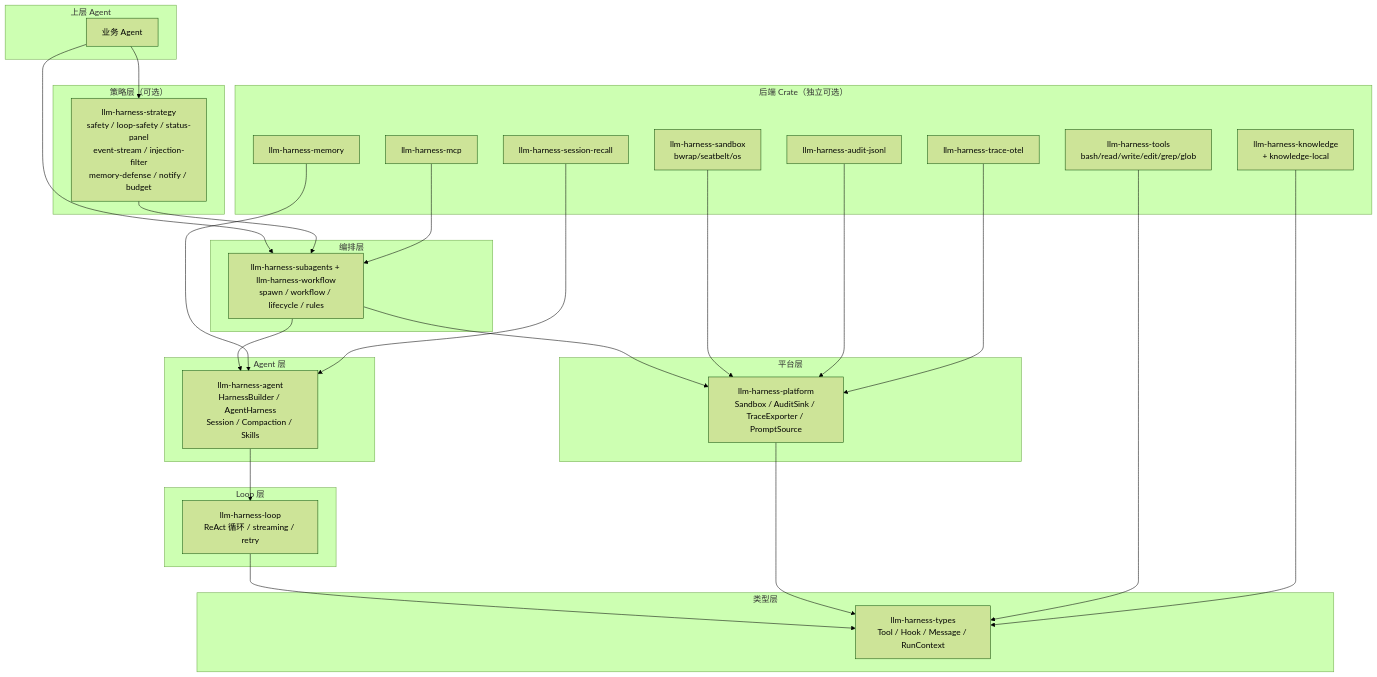
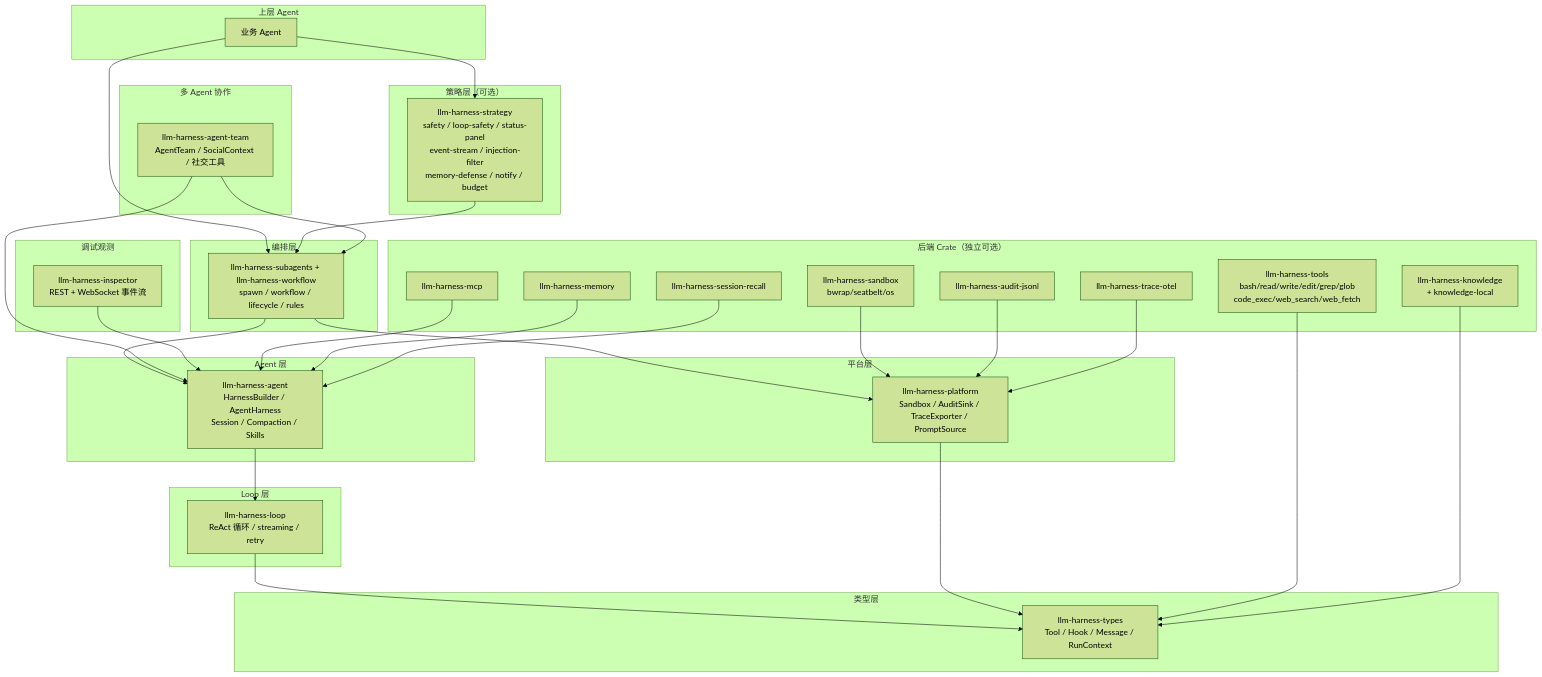
One commit to oh-my-harness/llm-harness-runtime changed the diagram in README.md. Above: the diagram before and after it, drawn with Mermaid (forest theme). The commit also changed other lines of this file and 9 other files, not shown here.

````diff
--- a/README.md
+++ b/README.md
@@ -13,58 +13,69 @@
 ```mermaid
 graph TD
     subgraph "上层 Agent"
         SA[业务 Agent]
     end
 
     subgraph "策略层（可选）"
         ST[llm-harness-strategy<br/>safety / loop-safety / status-panel<br/>event-stream / injection-filter<br/>memory-defense / notify / budget]
     end
 
     subgraph "编排层"
         RT[llm-harness-subagents + llm-harness-workflow<br/>spawn / workflow / lifecycle / rules]
+    end
+
+    subgraph "多 Agent 协作"
+        TEAM[llm-harness-agent-team<br/>AgentTeam / SocialContext / 社交工具]
+    end
+
+    subgraph "调试观测"
+        INSP[llm-harness-inspector<br/>REST + WebSocket 事件流]
     end
 
     subgraph "Agent 层"
         AG[llm-harness-agent<br/>HarnessBuilder / AgentHarness<br/>Session / Compaction / Skills]
     end
 
     subgraph "Loop 层"
         LP[llm-harness-loop<br/>ReAct 循环 / streaming / retry]
     end
 
     subgraph "类型层"
         TY[llm-harness-types<br/>Tool / Hook / Message / RunContext]
     end
 
     subgraph "平台层"
         PL[llm-harness-platform<br/>Sandbox / AuditSink / TraceExporter / PromptSource]
     end
 
     subgraph "后端 Crate（独立可选）"
-        TOOLS[llm-harness-tools<br/>bash/read/write/edit/grep/glob]
+        TOOLS[llm-harness-tools<br/>bash/read/write/edit/grep/glob<br/>code_exec/web_search/web_fetch]
         MCP[llm-harness-mcp]
         KN[llm-harness-knowledge<br/>+ knowledge-local]
         MEM[llm-harness-memory]
         SR[llm-harness-session-recall]
         SB[llm-harness-sandbox<br/>bwrap/seatbelt/os]
         AJ[llm-harness-audit-jsonl]
         TO[llm-harness-trace-otel]
     end
 
     SA --> ST
     SA --> RT
     ST --> RT
     RT --> AG
     RT --> PL
     AG --> LP
     LP --> TY
     PL --> TY
     TOOLS --> TY
-    MCP --> RT
+    TEAM --> AG
+    TEAM --> RT
+    INSP --> AG
+    MCP --> AG
     KN --> TY
     MEM --> AG
     SR --> AG
     SB --> PL
     AJ --> PL
     TO --> PL
 ```
````
